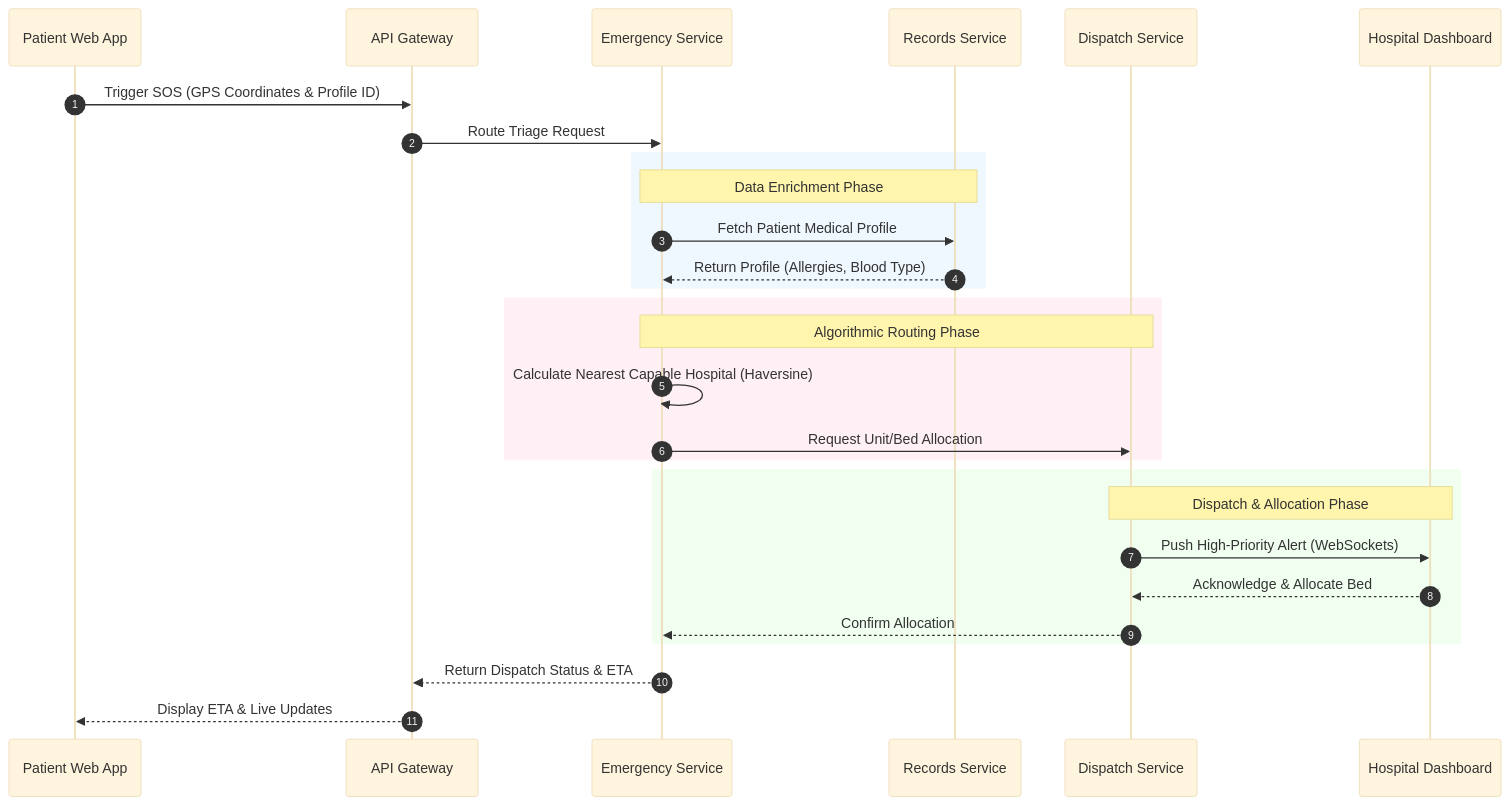
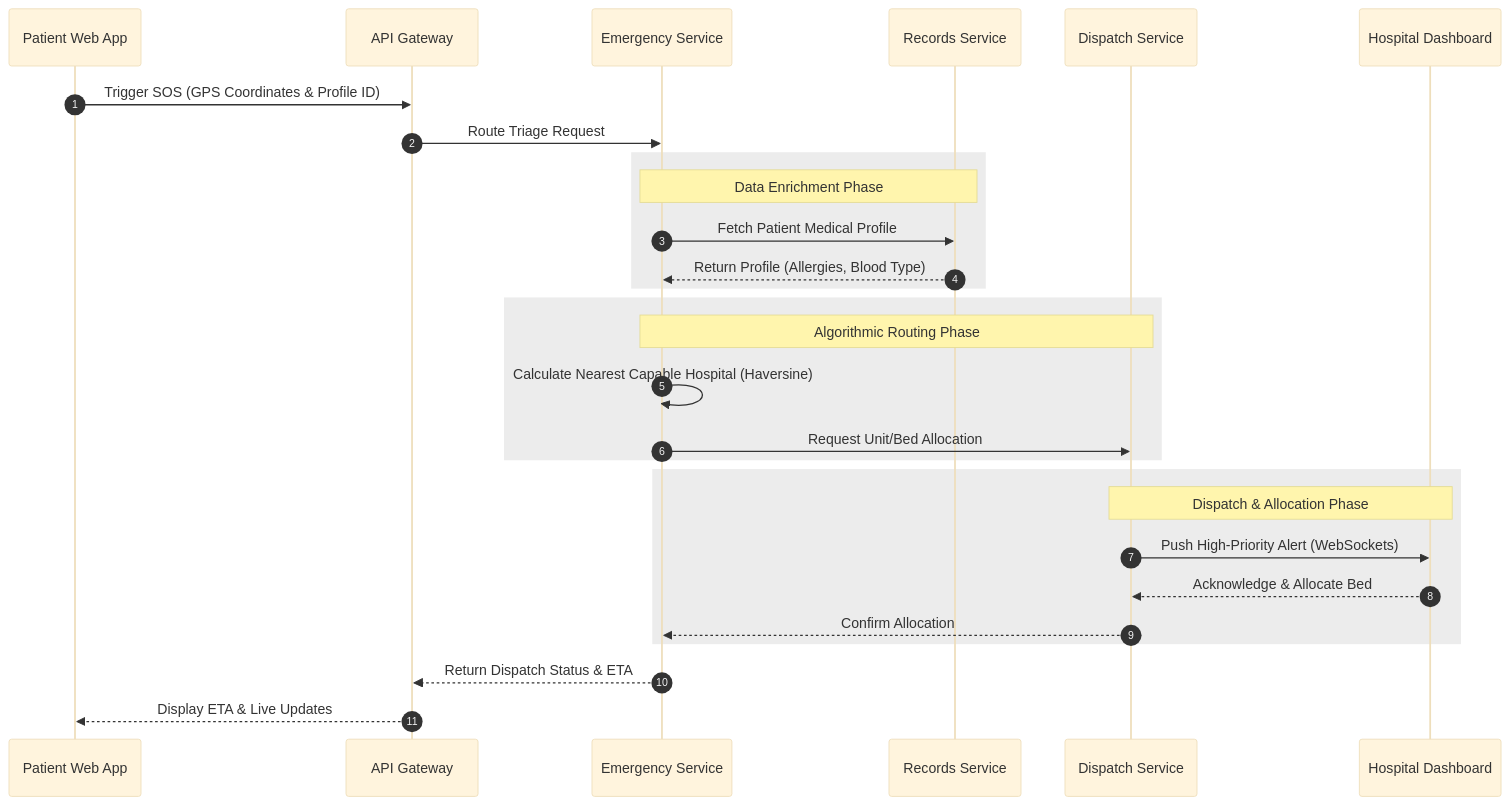
One commit to simply-mihir/ResQ changed the second of 4 diagrams in README.md. Above: the diagram before and after it, drawn with Mermaid (base theme). The commit also changed other lines of this file, not shown here.

Commit message:
docs: add full tech stack badges, fix sequence diagram readability for dark mode, and clarify env vars

````diff
--- a/README.md
+++ b/README.md
@@ -105,36 +110,36 @@
 ```mermaid
 sequenceDiagram
     autonumber
     
     participant Patient as Patient Web App
     participant Gateway as API Gateway
     participant Emergency as Emergency Service
     participant RecordsSvc as Records Service
     participant Dispatch as Dispatch Service
     participant Hospital as Hospital Dashboard
 
     Patient->>Gateway: Trigger SOS (GPS Coordinates & Profile ID)
     Gateway->>Emergency: Route Triage Request
     
-    rect rgb(240, 248, 255)
+    rect rgba(128, 128, 128, 0.15)
     Note over Emergency,RecordsSvc: Data Enrichment Phase
     Emergency->>RecordsSvc: Fetch Patient Medical Profile
     RecordsSvc-->>Emergency: Return Profile (Allergies, Blood Type)
     end
     
-    rect rgb(255, 240, 245)
+    rect rgba(128, 128, 128, 0.15)
     Note over Emergency,Dispatch: Algorithmic Routing Phase
     Emergency->>Emergency: Calculate Nearest Capable Hospital (Haversine)
     Emergency->>Dispatch: Request Unit/Bed Allocation
     end
     
-    rect rgb(240, 255, 240)
+    rect rgba(128, 128, 128, 0.15)
     Note over Dispatch,Hospital: Dispatch & Allocation Phase
     Dispatch->>Hospital: Push High-Priority Alert (WebSockets)
     Hospital-->>Dispatch: Acknowledge & Allocate Bed
     Dispatch-->>Emergency: Confirm Allocation
     end
     
     Emergency-->>Gateway: Return Dispatch Status & ETA
     Gateway-->>Patient: Display ETA & Live Updates
 ```
````
